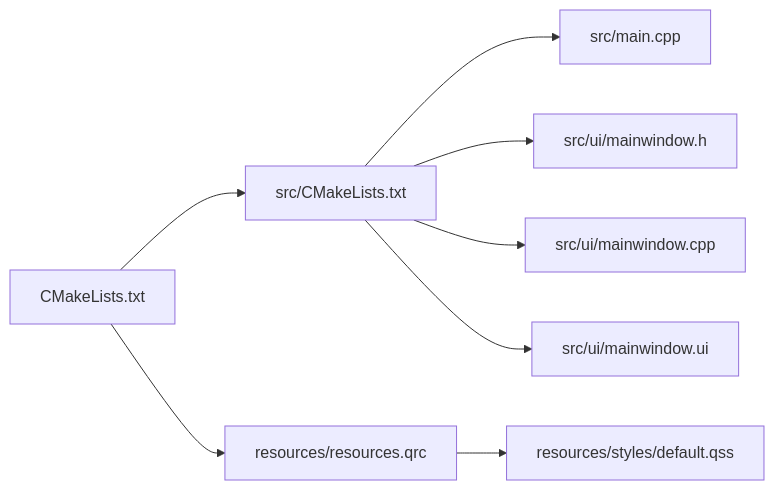
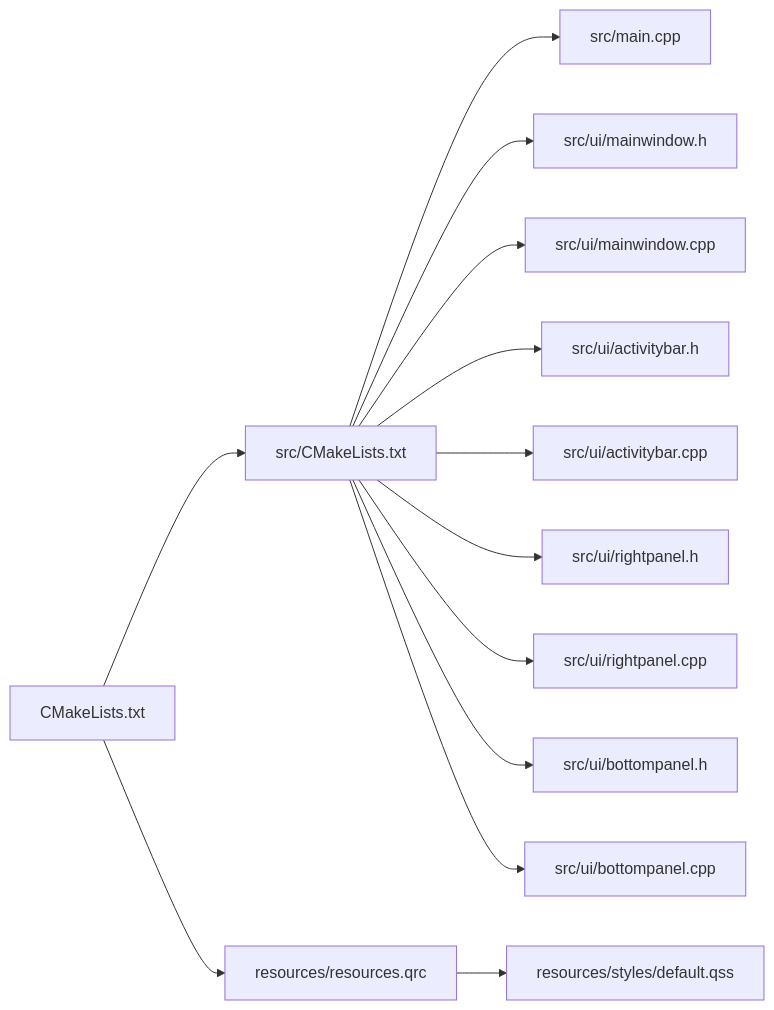
One commit to jakecai1225-design/OpenBus changed the fourth of 4 diagrams in .qoder/repowiki/zh/content/核心模块详解/主窗口组件.md. Above: the diagram before and after it, drawn with Mermaid. The commit also changed other lines of this file and 44 other files, not shown here.

````diff
--- a/.qoder/repowiki/zh/content/核心模块详解/主窗口组件.md
+++ b/.qoder/repowiki/zh/content/核心模块详解/主窗口组件.md
@@ -203,10 +278,15 @@
 ```mermaid
 graph LR
 CMake["CMakeLists.txt"] --> SrcCMake["src/CMakeLists.txt"]
 SrcCMake --> MainCPP["src/main.cpp"]
 SrcCMake --> MW_H["src/ui/mainwindow.h"]
 SrcCMake --> MW_CPP["src/ui/mainwindow.cpp"]
-SrcCMake --> MW_UI["src/ui/mainwindow.ui"]
+SrcCMake --> ACT_H["src/ui/activitybar.h"]
+SrcCMake --> ACT_CPP["src/ui/activitybar.cpp"]
+SrcCMake --> RP_H["src/ui/rightpanel.h"]
+SrcCMake --> RP_CPP["src/ui/rightpanel.cpp"]
+SrcCMake --> BP_H["src/ui/bottompanel.h"]
+SrcCMake --> BP_CPP["src/ui/bottompanel.cpp"]
 CMake --> QRC["resources/resources.qrc"]
 QRC --> QSS["resources/styles/default.qss"]
 ```
````
